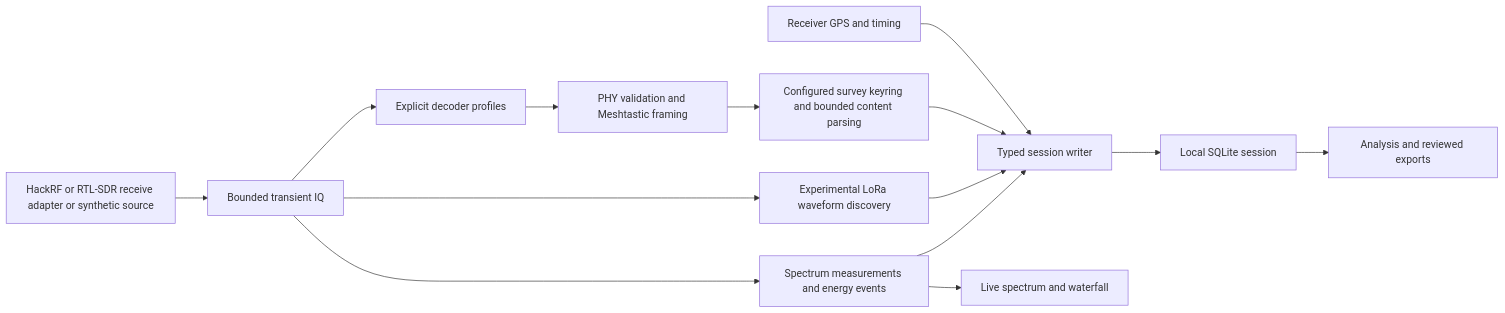
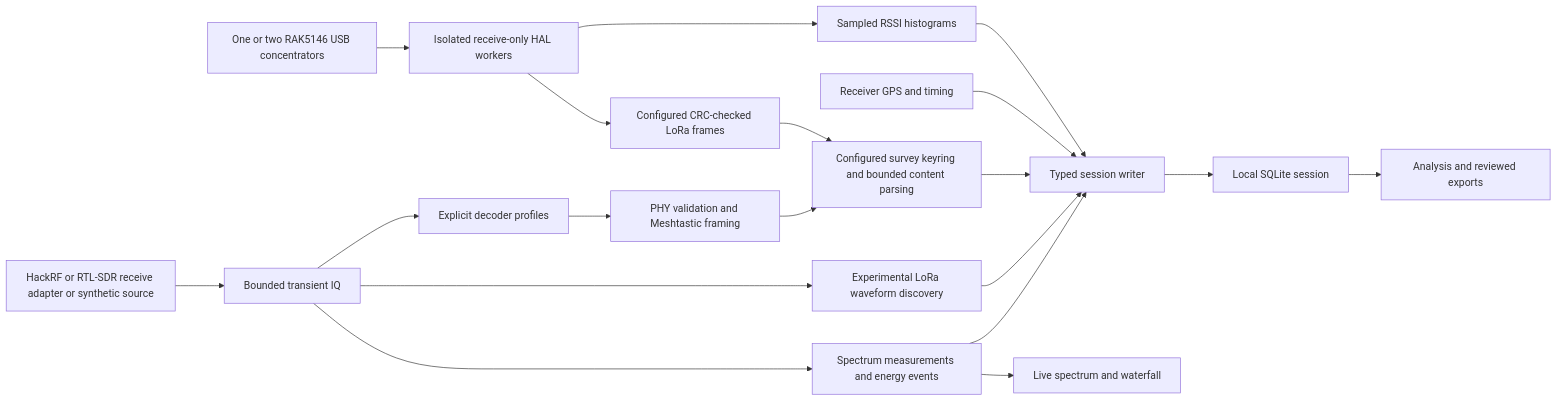
Before and after one commit to OVMeshRF/OVMeshDRpp: the diagram in docs/design/architecture.md, drawn with Mermaid. The commit also changed other lines of this file and 127 other files, not shown here.

First line of the commit message:
Add one/two-board RAK5146 USB/LBT surveys (#7)

````diff
--- a/docs/design/architecture.md
+++ b/docs/design/architecture.md
@@ -7,16 +7,21 @@
 ```mermaid
 flowchart LR
     R[HackRF or RTL-SDR receive adapter or synthetic source] --> M[Bounded transient IQ]
     M --> S[Spectrum measurements and energy events]
     M --> F[Experimental LoRa waveform discovery]
     M --> L[Explicit decoder profiles]
     L --> P[PHY validation and Meshtastic framing]
     P --> K[Configured survey keyring and bounded content parsing]
     S --> W[Typed session writer]
     F --> W
     K --> W
     G[Receiver GPS and timing] --> W
     W --> DB[Local SQLite session]
     DB --> U[Analysis and reviewed exports]
     S --> V[Live spectrum and waterfall]
+    C[One or two RAK5146 USB concentrators] --> H[Isolated receive-only HAL workers]
+    H --> Q[Configured CRC-checked LoRa frames]
+    Q --> K
+    H --> A[Sampled RSSI histograms]
+    A --> W
 ```
````
